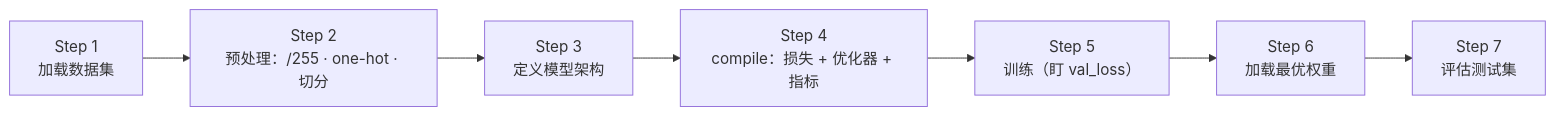
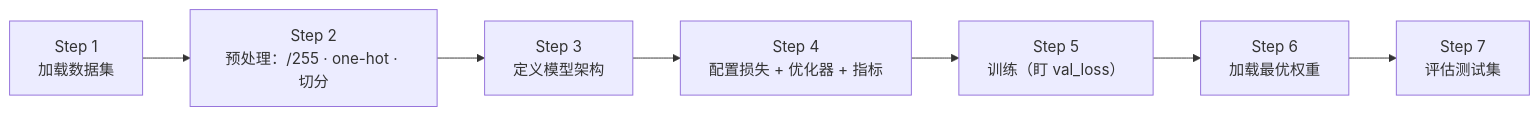
The first of 2 diagrams in docs/dl4vs/ch03.md (linxiawmt/MASAMI-Brain), drawn with Mermaid before and after one commit. The commit also changed other lines of this file and 8 other files, not shown here.

````diff
--- a/docs/dl4vs/ch03.md
+++ b/docs/dl4vs/ch03.md
@@ -735,9 +723,9 @@
 ```mermaid
 flowchart LR
     A["Step 1<br/>加载数据集"] --> B["Step 2<br/>预处理：/255 · one-hot · 切分"]
     B --> C["Step 3<br/>定义模型架构"]
-    C --> D["Step 4<br/>compile：损失 + 优化器 + 指标"]
+    C --> D["Step 4<br/>配置损失 + 优化器 + 指标"]
     D --> E["Step 5<br/>训练（盯 val_loss）"]
     E --> F["Step 6<br/>加载最优权重"]
     F --> G["Step 7<br/>评估测试集"]
 ```
````
